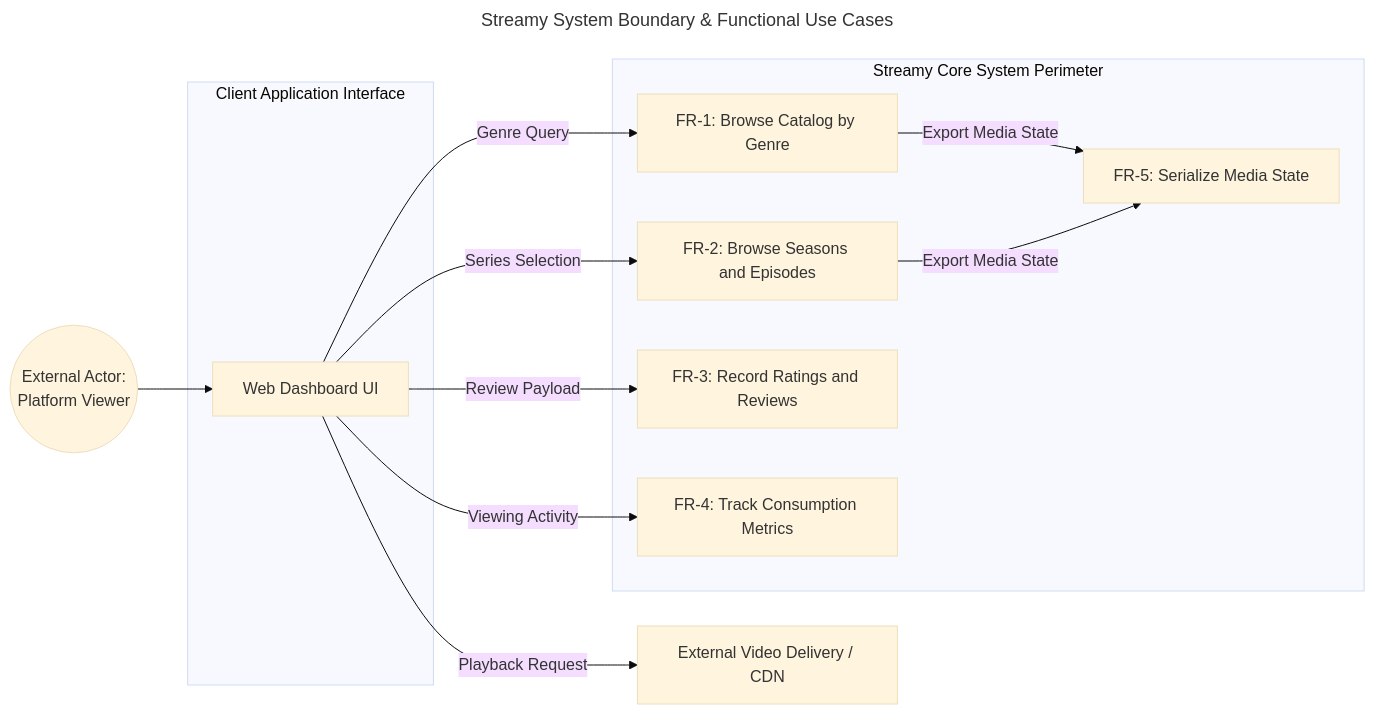
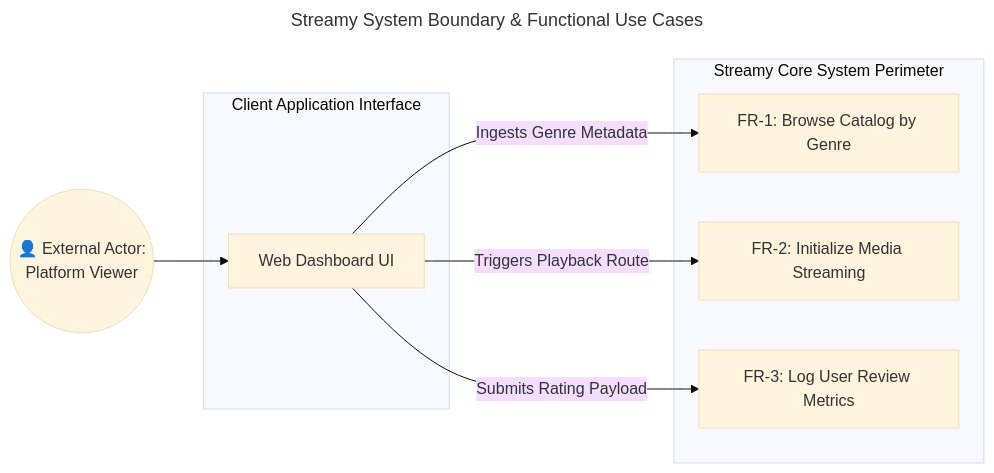
Before and after one commit to aliasgarov007-dot/Streamy-Software-Technology: the first of 2 diagrams in SRS.md, drawn with Mermaid (base theme). The commit also changed other lines of this file and 3 other files, not shown here.

````diff
--- a/SRS.md
+++ b/SRS.md
@@ -21,26 +32,19 @@
 ```mermaid
 ---
 title: Streamy System Boundary & Functional Use Cases
 ---
 flowchart LR
-    ViewerActor(("External Actor:<br>Platform Viewer"))
+    ViewerActor(("👤 External Actor:<br>Platform Viewer"))
     subgraph ExternalApp [Client Application Interface]
         UI[Web Dashboard UI]
     end
     subgraph SystemPerimeter [Streamy Core System Perimeter]
         FR1[FR-1: Browse Catalog by Genre]
-        FR2[FR-2: Browse Seasons and Episodes]
-        FR3[FR-3: Record Ratings and Reviews]
-        FR4[FR-4: Track Consumption Metrics]
-        FR5[FR-5: Serialize Media State]
+        FR2[FR-2: Initialize Media Streaming]
+        FR3[FR-3: Log User Review Metrics]
     end
-    CDN[External Video Delivery / CDN]
     ViewerActor --> UI
-    UI -- Genre Query --> FR1
-    UI -- Series Selection --> FR2
-    UI -- Review Payload --> FR3
-    UI -- Viewing Activity --> FR4
-    FR1 -- Export Media State --> FR5
-    FR2 -- Export Media State --> FR5
-    UI -- Playback Request --> CDN
+    UI -- Ingests Genre Metadata --> FR1
+    UI -- Triggers Playback Route --> FR2
+    UI -- Submits Rating Payload --> FR3
 ```
````
